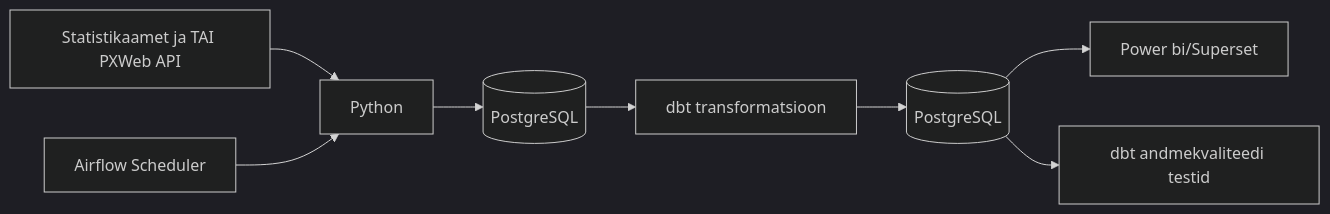
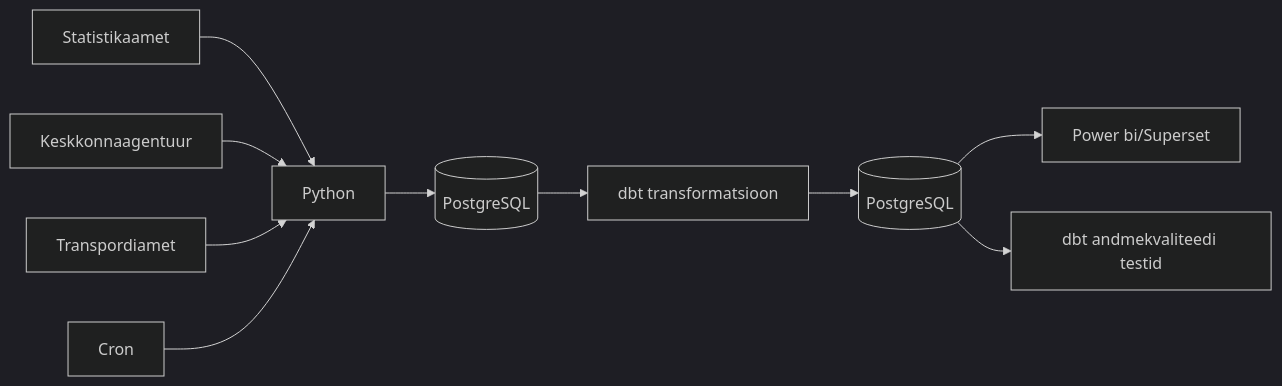
Before and after one commit to MarthaBog/Data-engineer-project-TU: the diagram in docs/arhitektuur.md, drawn with Mermaid (dark theme). The commit also changed other lines of this file, not shown here.

````diff
--- a/docs/arhitektuur.md
+++ b/docs/arhitektuur.md
@@ -33,10 +33,12 @@
 ```mermaid
 flowchart LR
-    source[Statistikaamet ja TAI PXWeb API] --> ingest[Python]
+source[Statistikaamet]  --> ingest[Python]
+source2[Keskkonnaagentuur] --> ingest[Python]
+source3[Transpordiamet] --> ingest[Python]
     ingest --> staging[(PostgreSQL)]
     staging --> transform[dbt transformatsioon]
     transform --> mart[(PostgreSQL)]
     mart --> dashboard[Power bi/Superset]
     mart --> quality[dbt andmekvaliteedi testid]
-    scheduler[Airflow Scheduler] --> ingest
+    scheduler[Cron] --> ingest
 ```
````
